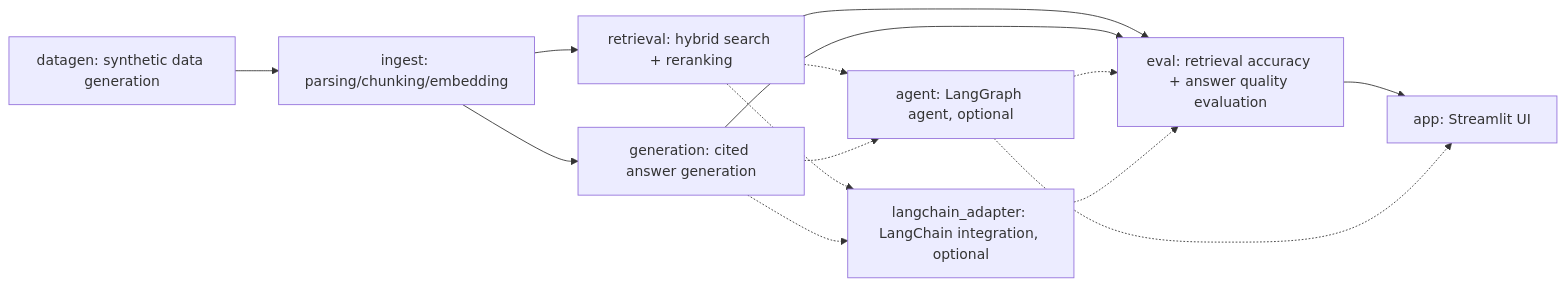
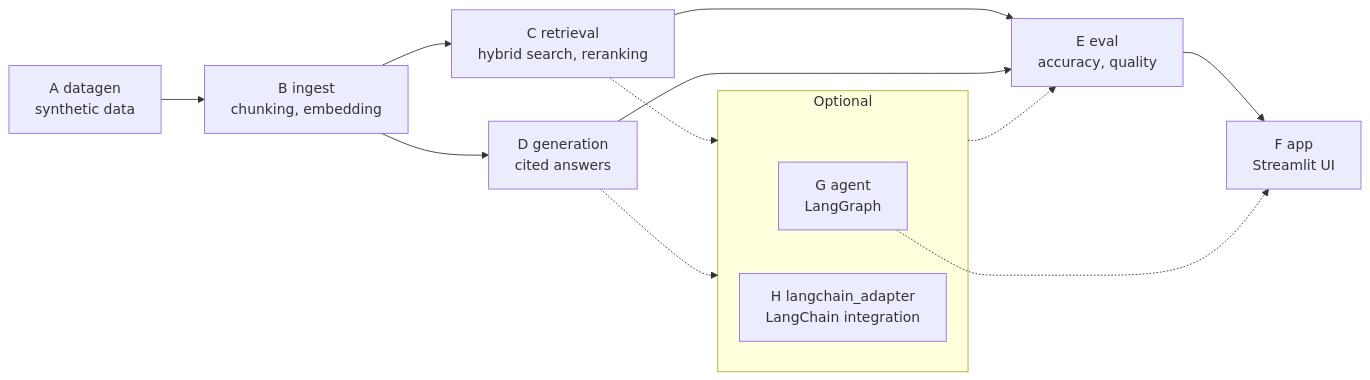
One commit to satoshi-abe-dev/silo-rag changed the first of 2 diagrams in README_en.md. Above: the diagram before and after it, drawn with Mermaid. The commit also changed other lines of this file and 1 other file, not shown here.

Commit message:
Untangle the architecture diagram: short labels, optional nodes grouped
The Mermaid graph had long single-line labels and crossing dotted edges
(G and H each connected to C, D, E and F separately). Use two-line labels,
put the optional nodes G and H in one subgraph, and add a legend line.
Dependencies are unchanged.

````diff
--- a/README_en.md
+++ b/README_en.md
@@ -159,16 +159,17 @@
 ```mermaid
 graph LR
-    A[datagen: synthetic data generation] --> B[ingest: parsing/chunking/embedding]
-    B --> C[retrieval: hybrid search + reranking]
-    B --> D[generation: cited answer generation]
-    C --> E[eval: retrieval accuracy + answer quality evaluation]
+    A["A datagen<br/>synthetic data"] --> B["B ingest<br/>chunking, embedding"]
+    B --> C["C retrieval<br/>hybrid search, reranking"]
+    B --> D["D generation<br/>cited answers"]
+    C --> E["E eval<br/>accuracy, quality"]
     D --> E
-    E --> F[app: Streamlit UI]
-    C -.-> G[agent: LangGraph agent, optional]
-    D -.-> G
-    G -.-> E
+    E --> F["F app<br/>Streamlit UI"]
+    subgraph opt["Optional"]
+        G["G agent<br/>LangGraph"]
+        H["H langchain_adapter<br/>LangChain integration"]
+    end
+    C -.-> opt
+    D -.-> opt
+    opt -.-> E
     G -.-> F
-    C -.-> H[langchain_adapter: LangChain integration, optional]
-    D -.-> H
-    H -.-> E
 ```
````
